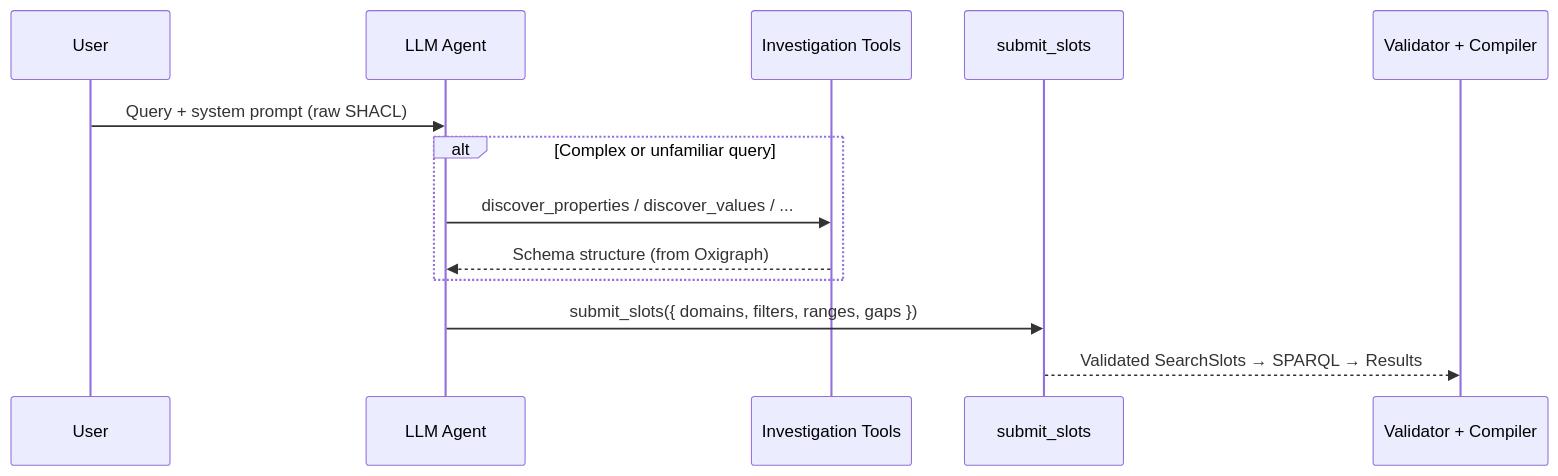
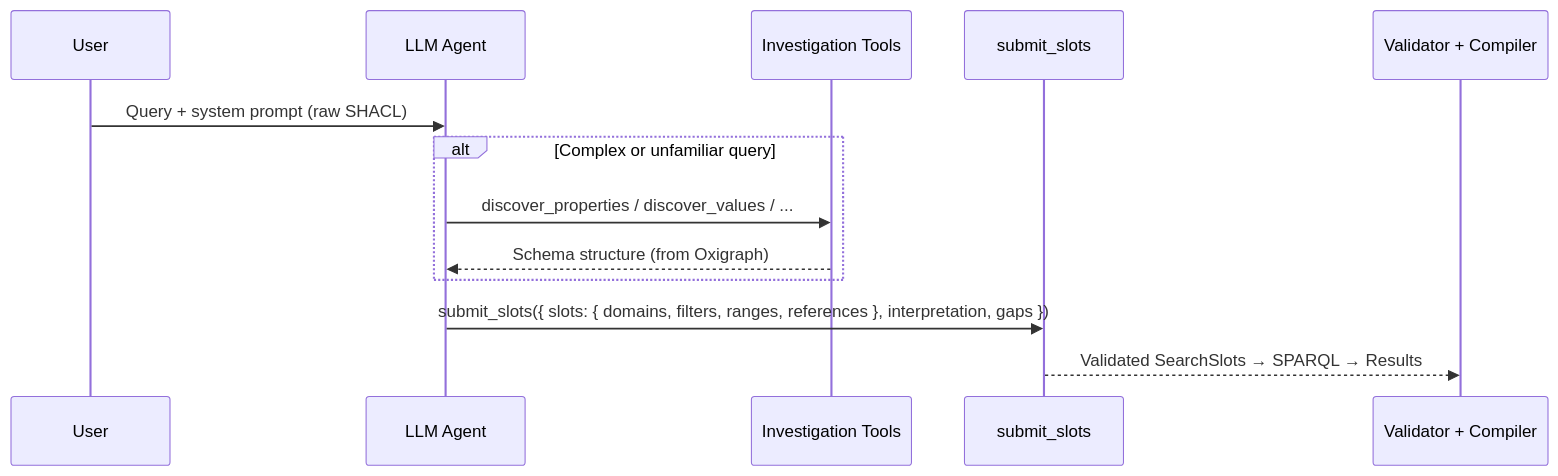
Before and after one commit to ASCS-eV/ontology-based-nl-search: the first of 3 diagrams in apps/docs/agent.md, drawn with Mermaid. The commit also changed other lines of this file and 11 other files, not shown here.

````diff
--- a/apps/docs/agent.md
+++ b/apps/docs/agent.md
@@ -9,16 +9,16 @@
 ```mermaid
 sequenceDiagram
     participant U as User
     participant L as LLM Agent
     participant IT as Investigation Tools
     participant SS as submit_slots
     participant V as Validator + Compiler
 
     U->>L: Query + system prompt (raw SHACL)
     alt Complex or unfamiliar query
         L->>IT: discover_properties / discover_values / ...
         IT-->>L: Schema structure (from Oxigraph)
     end
-    L->>SS: submit_slots({ domains, filters, ranges, gaps })
+    L->>SS: submit_slots({ slots: { domains, filters, ranges, references }, interpretation, gaps })
     SS-->>V: Validated SearchSlots → SPARQL → Results
 ```
````
